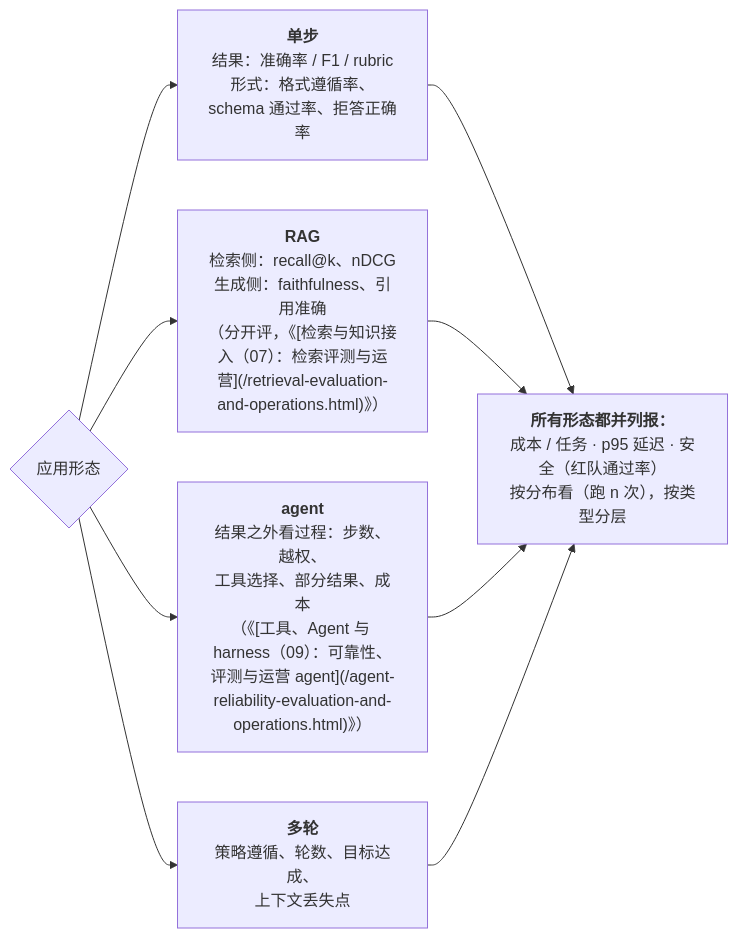
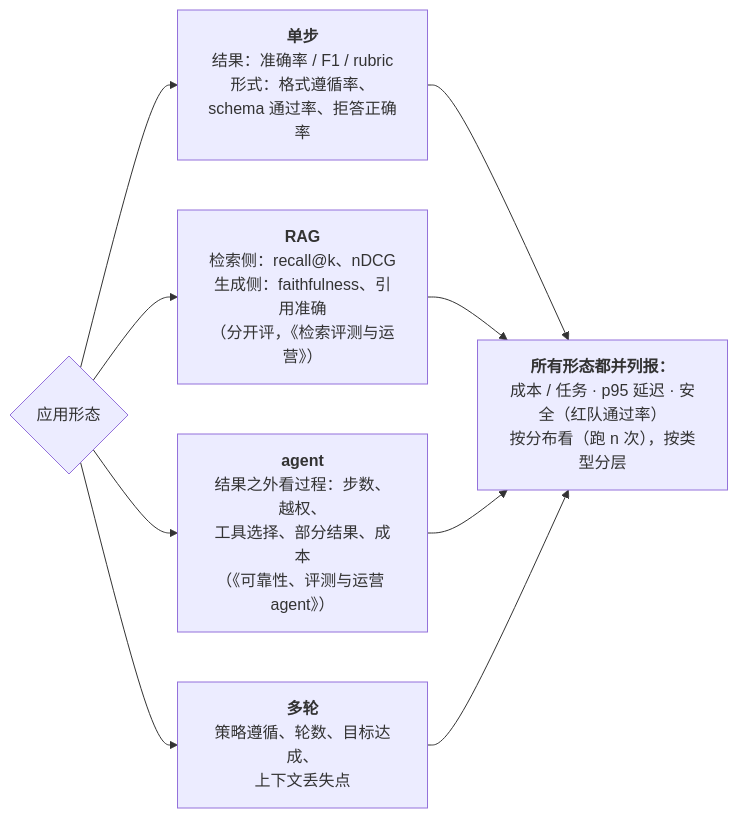
Before and after one commit to arganzheng/arganzheng.github.com: the first of 6 diagrams in _posts/2026-11-02-what-to-evaluate-metrics-for-single-step-rag-agent-and-multi-turn.md, drawn with Mermaid. The commit also changed 55 other files, not shown here.

First line of the commit message:
坐标 261 处改成文章标题，修 Mermaid 标签里显示源码的 bug

````diff
--- a/_posts/2026-11-02-what-to-evaluate-metrics-for-single-step-rag-agent-and-multi-turn.md
+++ b/_posts/2026-11-02-what-to-evaluate-metrics-for-single-step-rag-agent-and-multi-turn.md
@@ -20,11 +20,11 @@
 ```mermaid
 %%{init: {"flowchart": {"wrappingWidth": 190}}}%%
 %% 图：四种应用形态各评什么，以及所有形态都要并列报的三样
 flowchart LR
     F{"应用形态"} --> S["<b>单步</b><br/>结果：准确率 / F1 / rubric<br/>形式：格式遵循率、schema 通过率、拒答正确率"]
-    F --> RG["<b>RAG</b><br/>检索侧：recall@k、nDCG<br/>生成侧：faithfulness、引用准确<br/>（分开评，《[检索与知识接入（07）：检索评测与运营](/retrieval-evaluation-and-operations.html)》）"]
-    F --> AG["<b>agent</b><br/>结果之外看过程：步数、越权、<br/>工具选择、部分结果、成本<br/>（《[工具、Agent 与 harness（09）：可靠性、评测与运营 agent](/agent-reliability-evaluation-and-operations.html)》）"]
+    F --> RG["<b>RAG</b><br/>检索侧：recall@k、nDCG<br/>生成侧：faithfulness、引用准确<br/>（分开评，《检索评测与运营》）"]
+    F --> AG["<b>agent</b><br/>结果之外看过程：步数、越权、<br/>工具选择、部分结果、成本<br/>（《可靠性、评测与运营 agent》）"]
     F --> MT["<b>多轮</b><br/>策略遵循、轮数、目标达成、<br/>上下文丢失点"]
     S & RG & AG & MT --> X["<b>所有形态都并列报：</b><br/>成本 / 任务 · p95 延迟 · 安全（红队通过率）<br/>按分布看（跑 n 次），按类型分层"]
 
 ```
````
